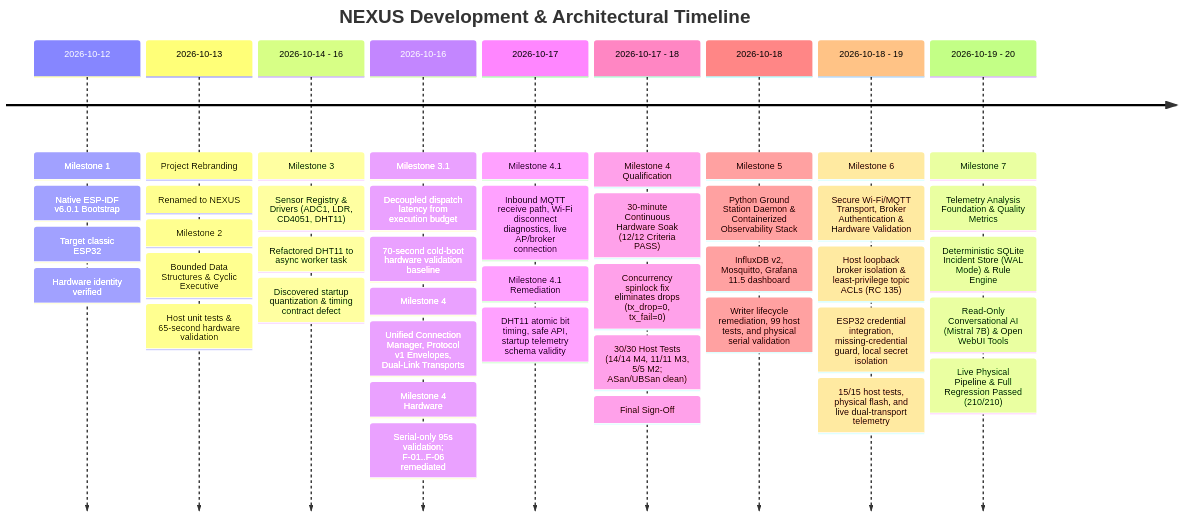
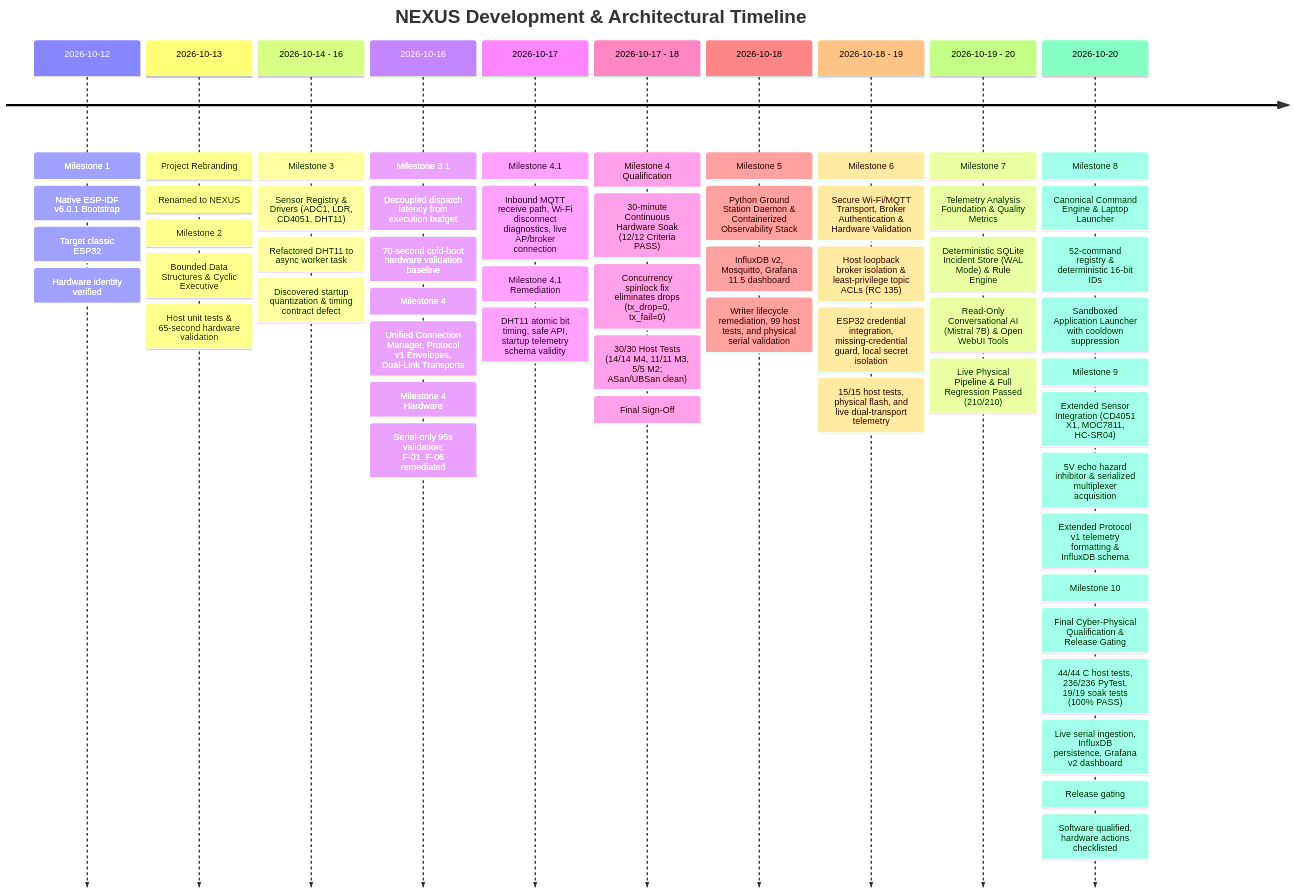
One commit to aryan-madhavi/NEXUS changed the diagram in docs/milestones/PROJECT_HISTORY.md. Above: the diagram before and after it, drawn with Mermaid. The commit also changed other lines of this file and 7 other files, not shown here.

First line of the commit message:
docs(m10): document final qualification, on-target validation, and release gates

````diff
--- a/docs/milestones/PROJECT_HISTORY.md
+++ b/docs/milestones/PROJECT_HISTORY.md
@@ -19,32 +19,42 @@
 ```mermaid
 timeline
     title NEXUS Development & Architectural Timeline
     2026-10-12 : Milestone 1 : Native ESP-IDF v6.0.1 Bootstrap
                : Target classic ESP32 : Hardware identity verified
     2026-10-13 : Project Rebranding : Renamed to NEXUS
                : Milestone 2 : Bounded Data Structures & Cyclic Executive
                : Host unit tests & 65-second hardware validation
     2026-10-14 - 16 : Milestone 3 : Sensor Registry & Drivers (ADC1, LDR, CD4051, DHT11)
                     : Refactored DHT11 to async worker task
                     : Discovered startup quantization & timing contract defect
     2026-10-16 : Milestone 3.1 : Decoupled dispatch latency from execution budget
                : 70-second cold-boot hardware validation baseline
                : Milestone 4 : Unified Connection Manager, Protocol v1 Envelopes, Dual-Link Transports
                : Milestone 4 Hardware : Serial-only 95s validation; F-01..F-06 remediated
     2026-10-17 : Milestone 4.1 : Inbound MQTT receive path, Wi-Fi disconnect diagnostics, live AP/broker connection
                : Milestone 4.1 Remediation : DHT11 atomic bit timing, safe API, startup telemetry schema validity
     2026-10-17 - 18 : Milestone 4 Qualification : 30-minute Continuous Hardware Soak (12/12 Criteria PASS)
                     : Concurrency spinlock fix eliminates drops (tx_drop=0, tx_fail=0)
                     : 30/30 Host Tests (14/14 M4, 11/11 M3, 5/5 M2; ASan/UBSan clean) : Final Sign-Off
     2026-10-18 : Milestone 5 : Python Ground Station Daemon & Containerized Observability Stack
                : InfluxDB v2, Mosquitto, Grafana 11.5 dashboard
                : Writer lifecycle remediation, 99 host tests, and physical serial validation
     2026-10-18 - 19 : Milestone 6 : Secure Wi-Fi/MQTT Transport, Broker Authentication & Hardware Validation
                     : Host loopback broker isolation & least-privilege topic ACLs (RC 135)
                     : ESP32 credential integration, missing-credential guard, local secret isolation
                     : 15/15 host tests, physical flash, and live dual-transport telemetry
     2026-10-19 - 20 : Milestone 7 : Telemetry Analysis Foundation & Quality Metrics
                     : Deterministic SQLite Incident Store (WAL Mode) & Rule Engine
                     : Read-Only Conversational AI (Mistral 7B) & Open WebUI Tools
                     : Live Physical Pipeline & Full Regression Passed (210/210)
+    2026-10-20 : Milestone 8 : Canonical Command Engine & Laptop Launcher
+               : 52-command registry & deterministic 16-bit IDs
+               : Sandboxed Application Launcher with cooldown suppression
+               : Milestone 9 : Extended Sensor Integration (CD4051 X1, MOC7811, HC-SR04)
+               : 5V echo hazard inhibitor & serialized multiplexer acquisition
+               : Extended Protocol v1 telemetry formatting & InfluxDB schema
+               : Milestone 10 : Final Cyber-Physical Qualification & Release Gating
+               : 44/44 C host tests, 236/236 PyTest, 19/19 soak tests (100% PASS)
+               : Live serial ingestion, InfluxDB persistence, Grafana v2 dashboard
+               : Release gating: Software qualified, hardware actions checklisted
 ```
````
